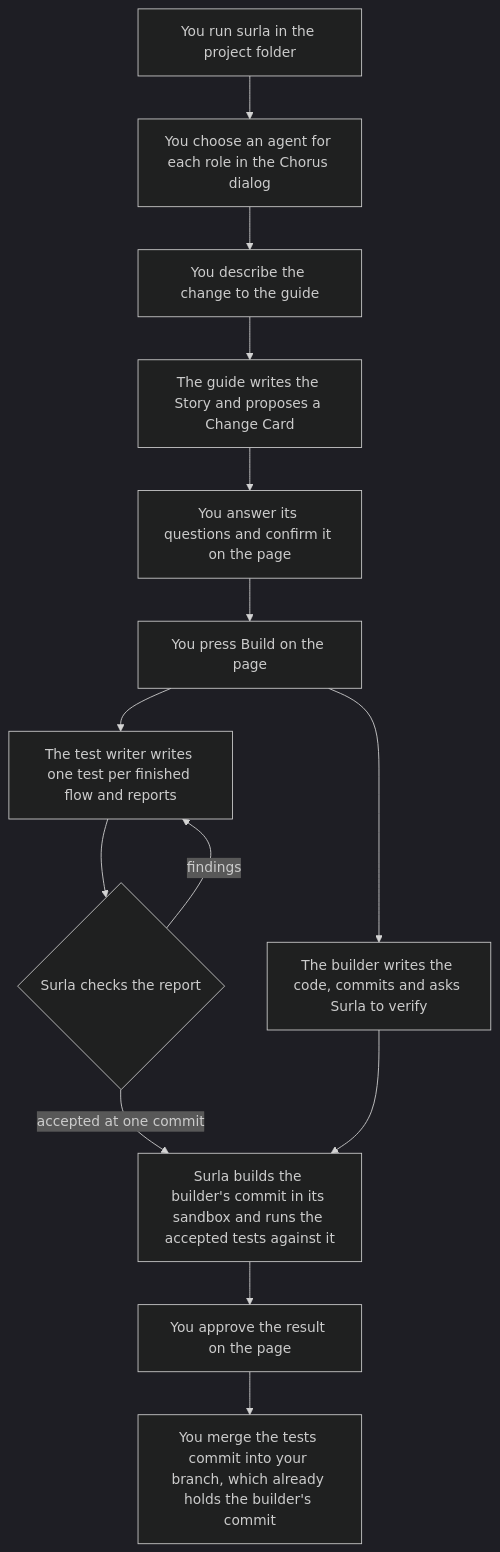
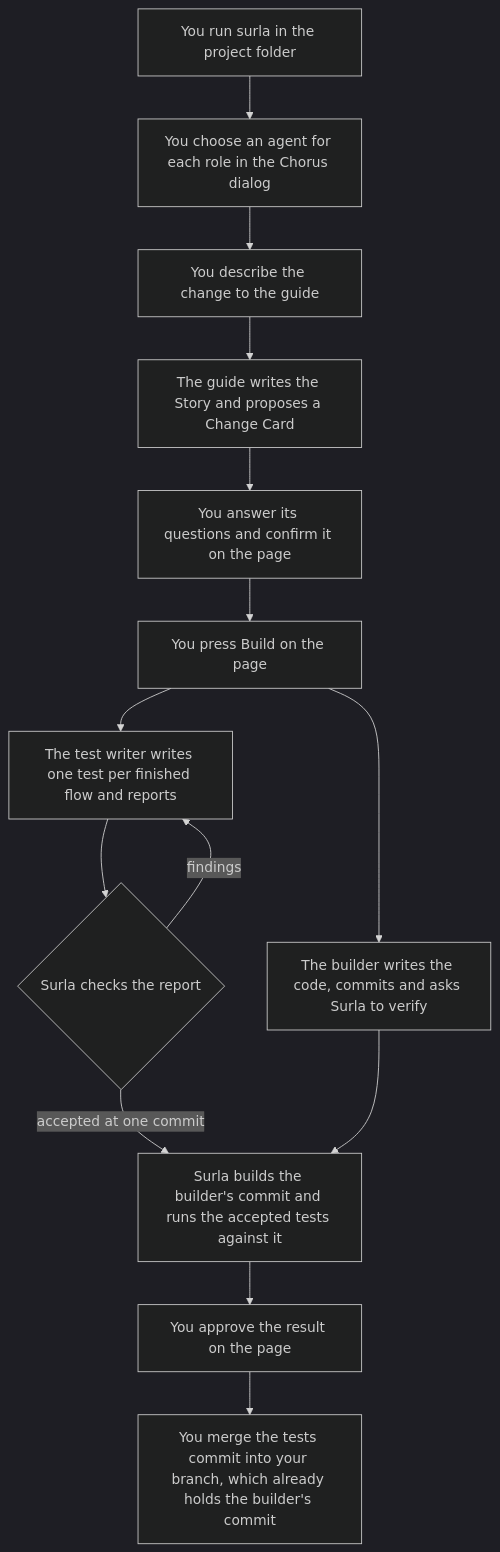
One commit to goadesign/highbay changed the diagram in docs/HOW_IT_WORKS.md. Above: the diagram before and after it, drawn with Mermaid (dark theme). The commit also changed other lines of this file and 49 other files, not shown here.

````diff
--- a/docs/HOW_IT_WORKS.md
+++ b/docs/HOW_IT_WORKS.md
@@ -72,16 +73,16 @@
 ```mermaid
 flowchart TD
     A["You run surla in the project folder"] --> B["You choose an agent for each role in the Chorus dialog"]
     B --> C["You describe the change to the guide"]
     C --> D["The guide writes the Story and proposes a Change Card"]
     D --> E["You answer its questions and confirm it on the page"]
     E --> F["You press Build on the page"]
     F --> G["The test writer writes one test per finished flow and reports"]
     G --> H{"Surla checks the report"}
     H -->|"findings"| G
-    H -->|"accepted at one commit"| J["Surla builds the builder's commit in its sandbox and runs the accepted tests against it"]
+    H -->|"accepted at one commit"| J["Surla builds the builder's commit and runs the accepted tests against it"]
     F --> I["The builder writes the code, commits and asks Surla to verify"]
     I --> J
     J --> K["You approve the result on the page"]
     K --> L["You merge the tests commit into your branch, which already holds the builder's commit"]
 ```
````
